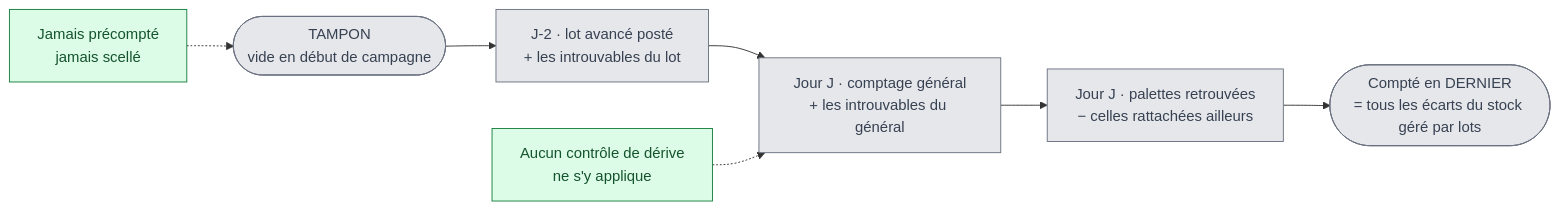
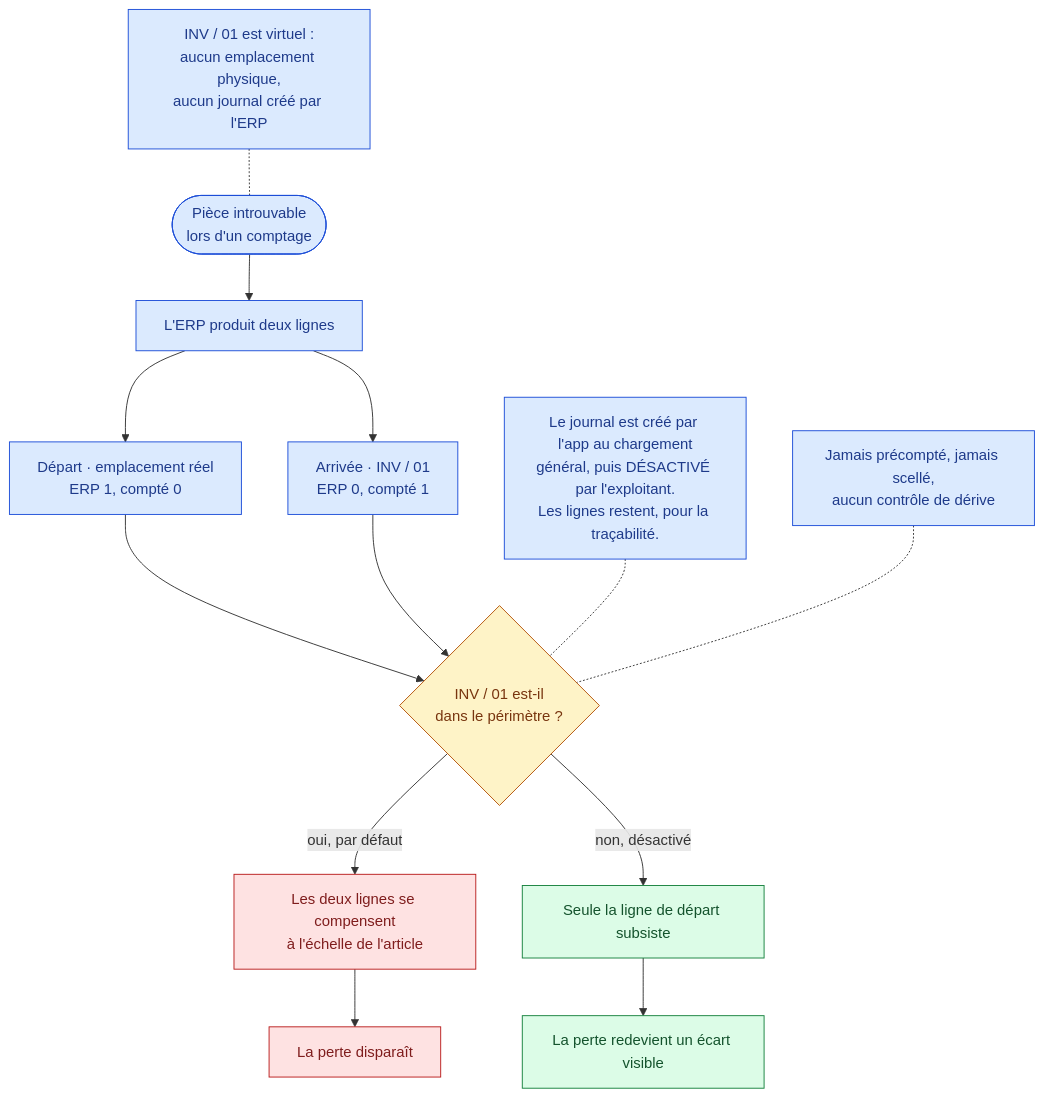
One commit to yns11/DEV-INV-G changed the eighth of 9 diagrams in docs/08-algorigrammes.md. Above: the diagram before and after it, drawn with Mermaid. The commit also changed other lines of this file and 1 other file, not shown here.

First line of the commit message:
Comptages avancés : reprendre l'étude sur les journaux ERP réels

````diff
--- a/docs/08-algorigrammes.md
+++ b/docs/08-algorigrammes.md
@@ -340,15 +358,28 @@
 ```mermaid
-flowchart LR
-    A(["TAMPON<br/>vide en début de campagne"]) --> B["J-2 · lot avancé posté<br/>+ les introuvables du lot"]
-    B --> C["Jour J · comptage général<br/>+ les introuvables du général"]
-    C --> D["Jour J · palettes retrouvées<br/>− celles rattachées ailleurs"]
-    D --> E(["Compté en DERNIER<br/>= tous les écarts du stock géré par lots"])
+flowchart TD
+    A(["Pièce introuvable<br/>lors d'un comptage"]) --> B["L'ERP produit deux lignes"]
+    B --> C["Départ · emplacement réel<br/>ERP 1, compté 0"]
+    B --> D["Arrivée · INV / 01<br/>ERP 0, compté 1"]
 
-    F["Jamais précompté<br/>jamais scellé"] -.-> A
-    G["Aucun contrôle de dérive<br/>ne s'y applique"] -.-> C
+    C --> E{"INV / 01 est-il<br/>dans le périmètre ?"}
+    D --> E
 
-    classDef t fill:#e5e7eb,stroke:#6b7280,color:#374151
-    classDef regle fill:#dcfce7,stroke:#15803d,color:#14532d
-    class A,B,C,D,E t
-    class F,G regle
+    E -->|"oui, par défaut"| F["Les deux lignes se compensent<br/>à l'échelle de l'article"]
+    F --> G["La perte disparaît"]
+
+    E -->|"non, désactivé"| H["Seule la ligne de départ subsiste"]
+    H --> I["La perte redevient un écart visible"]
+
+    J["INV / 01 est virtuel :<br/>aucun emplacement physique,<br/>aucun journal créé par l'ERP"] -.- A
+    K["Le journal est créé par l'app au chargement<br/>général, puis DÉSACTIVÉ par l'exploitant.<br/>Les lignes restent, pour la traçabilité."] -.- E
+    L["Jamais précompté, jamais scellé,<br/>aucun contrôle de dérive"] -.- E
+
+    classDef fait fill:#dbeafe,stroke:#1d4ed8,color:#1e3a8a
+    classDef dec fill:#fef3c7,stroke:#b45309,color:#78350f
+    classDef mauvais fill:#fee2e2,stroke:#b91c1c,color:#7f1d1d
+    classDef bon fill:#dcfce7,stroke:#15803d,color:#14532d
+    class A,B,C,D,J,K,L fait
+    class E dec
+    class F,G mauvais
+    class H,I bon
 ```
````
